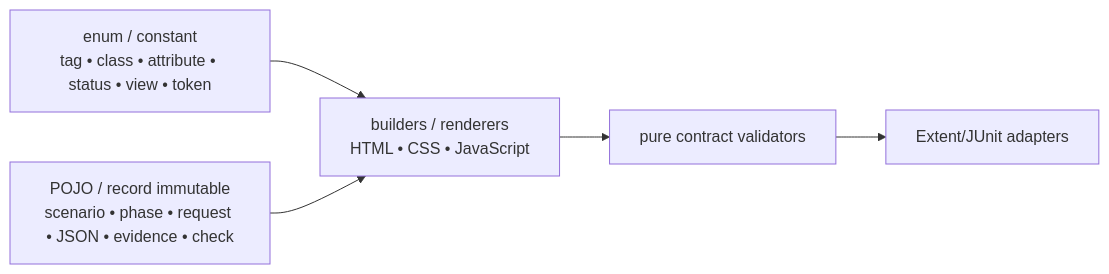
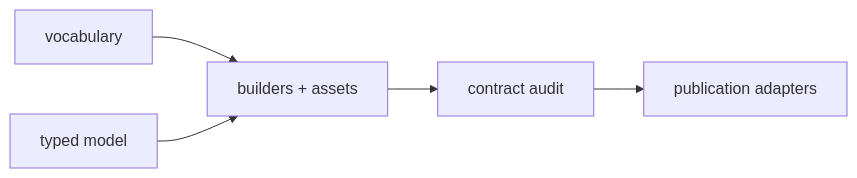
The second of 3 diagrams in atf-reporting/README.md (crististefanita/demo2), drawn with Mermaid before and after one commit. The commit also changed other lines of this file and 132 other files, not shown here.

Commit message:
Refine Java ATF reporting assets and Practice Shop validation

````diff
--- a/atf-reporting/README.md
+++ b/atf-reporting/README.md
@@ -81,12 +81,12 @@
 ```mermaid
 flowchart LR
-    Vocabulary[enum / constant<br/>tag • class • attribute • status • view • token]
-    Runtime[POJO / record immutable<br/>scenario • phase • request • JSON • evidence • check]
-    Serialize[builders / renderers<br/>HTML • CSS • JavaScript]
-    Audit[pure contract validators]
-    Publish[Extent/JUnit adapters]
+    Vocabulary[vocabulary]
+    Runtime[typed model]
+    Serialize[builders + assets]
+    Audit[contract audit]
+    Publish[publication adapters]
     Vocabulary --> Serialize
     Runtime --> Serialize
     Serialize --> Audit
     Audit --> Publish
 ```
````
